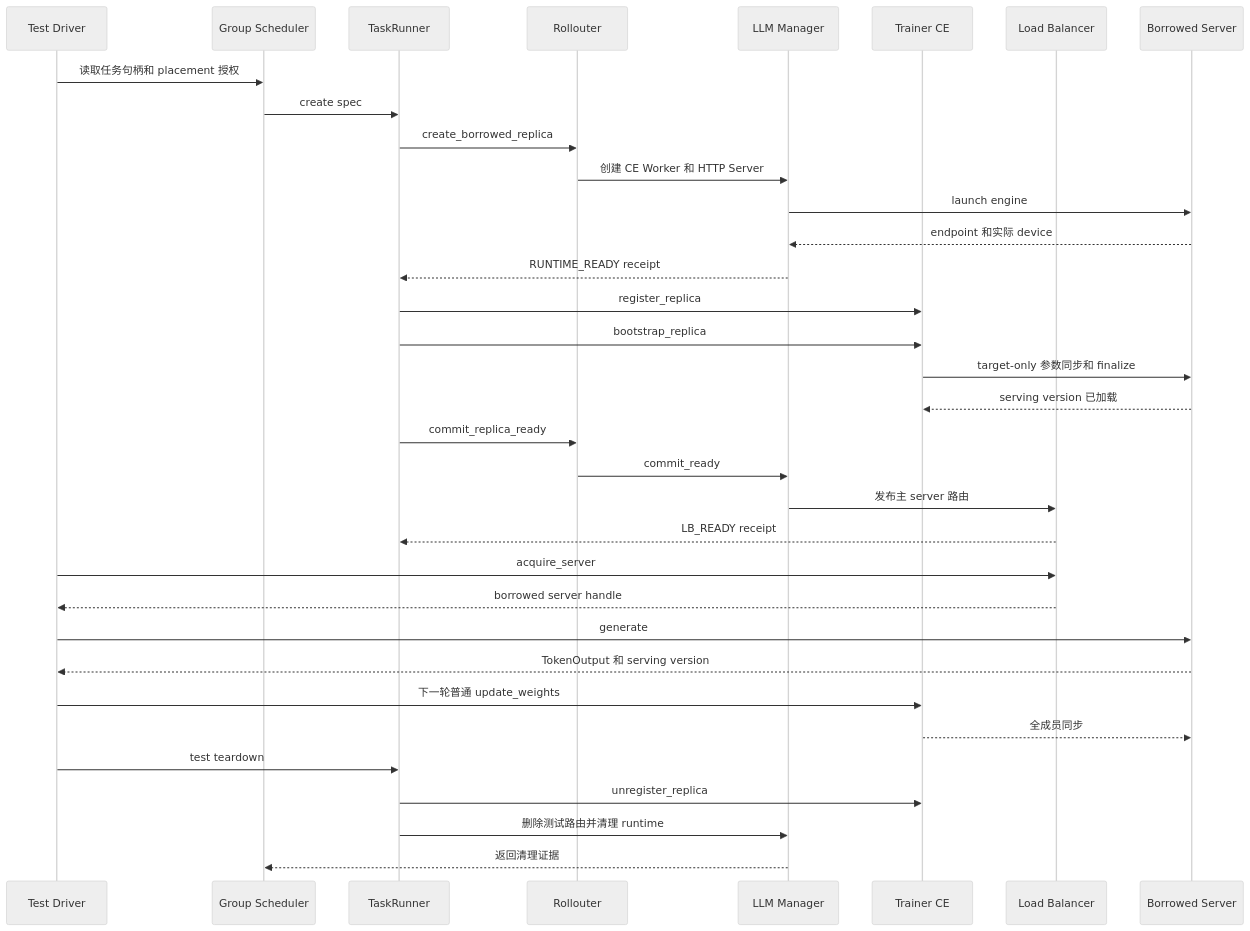
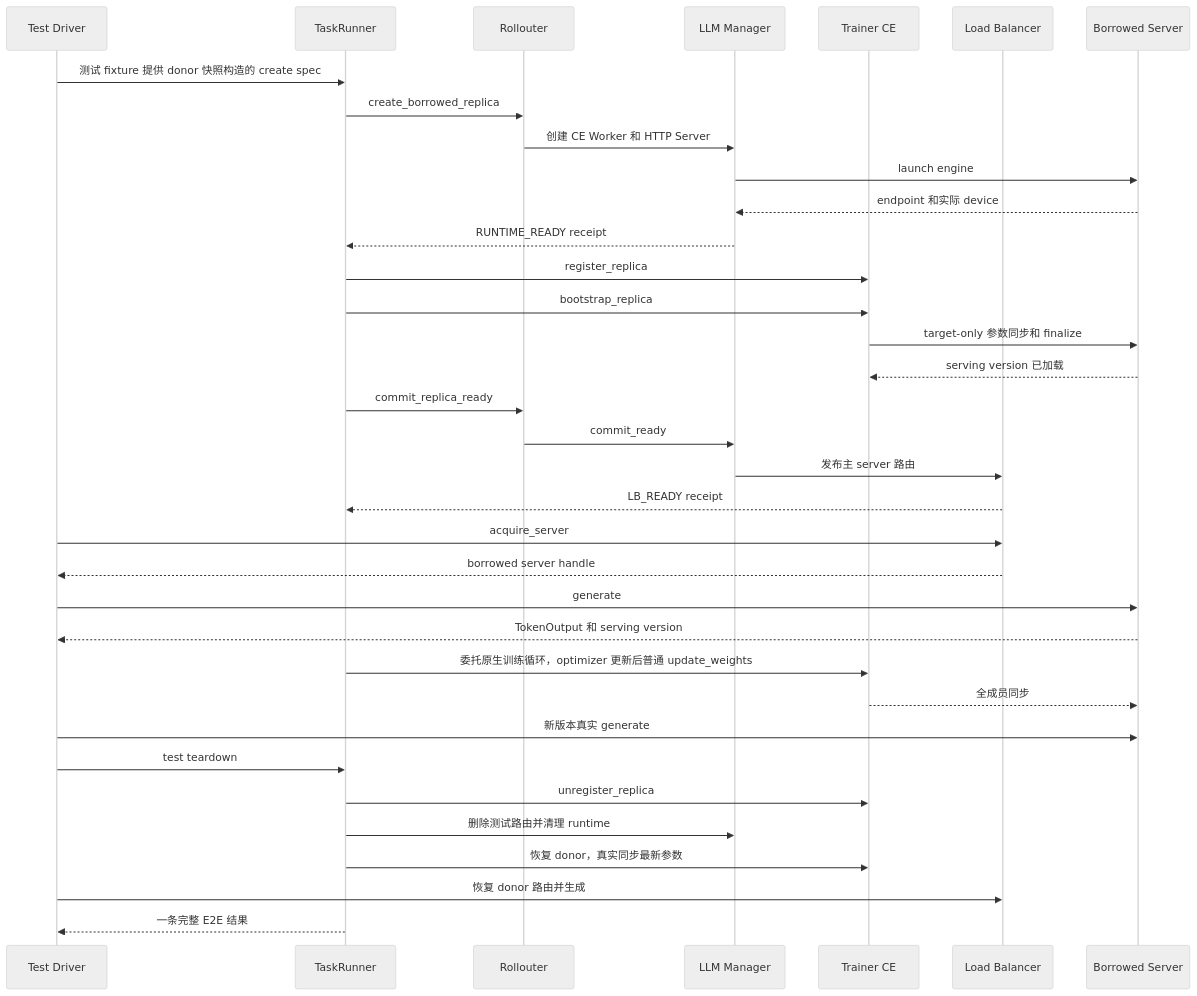
The diagram in docs/comprehensive_acceptance_test.md (ZiqiGuan892/verl_expansion), drawn with Mermaid (neutral theme) before and after one commit. The commit also changed other lines of this file and 18 other files, not shown here.

````diff
--- a/docs/comprehensive_acceptance_test.md
+++ b/docs/comprehensive_acceptance_test.md
@@ -77,37 +84,38 @@
 ```mermaid
 sequenceDiagram
     participant D as Test Driver
-    participant G as Group Scheduler
     participant T as TaskRunner
     participant R as Rollouter
     participant M as LLM Manager
     participant C as Trainer CE
     participant L as Load Balancer
     participant S as Borrowed Server
 
-    D->>G: 读取任务句柄和 placement 授权
-    G->>T: create spec
+    D->>T: 测试 fixture 提供 donor 快照构造的 create spec
     T->>R: create_borrowed_replica
     R->>M: 创建 CE Worker 和 HTTP Server
     M->>S: launch engine
     S-->>M: endpoint 和实际 device
     M-->>T: RUNTIME_READY receipt
     T->>C: register_replica
     T->>C: bootstrap_replica
     C->>S: target-only 参数同步和 finalize
     S-->>C: serving version 已加载
     T->>R: commit_replica_ready
     R->>M: commit_ready
     M->>L: 发布主 server 路由
     L-->>T: LB_READY receipt
     D->>L: acquire_server
     L-->>D: borrowed server handle
     D->>S: generate
     S-->>D: TokenOutput 和 serving version
-    D->>C: 下一轮普通 update_weights
+    T->>C: 委托原生训练循环，optimizer 更新后普通 update_weights
     C-->>S: 全成员同步
+    D->>S: 新版本真实 generate
     D->>T: test teardown
     T->>C: unregister_replica
     T->>M: 删除测试路由并清理 runtime
-    M-->>G: 返回清理证据
+    T->>C: 恢复 donor，真实同步最新参数
+    D->>L: 恢复 donor 路由并生成
+    T-->>D: 一条完整 E2E 结果
 ```
````
